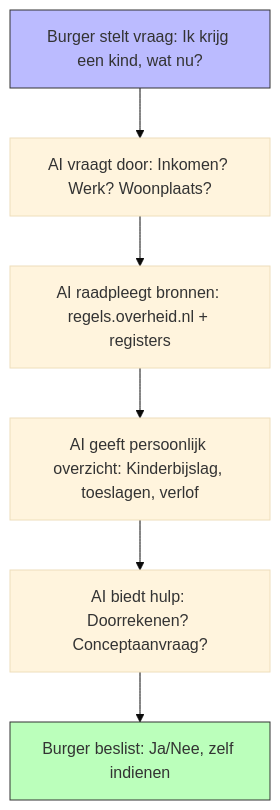
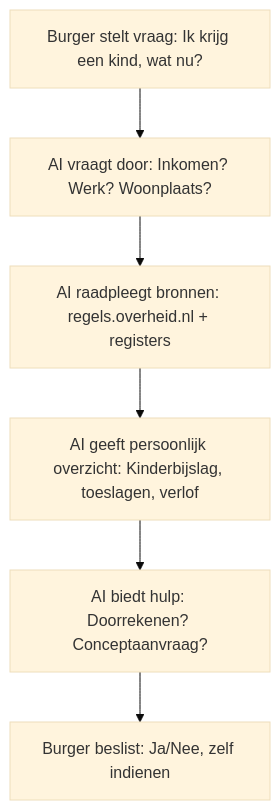
One commit to rubenvdlinde/rubenlinde changed the diagram in blog/platform-ai-en-overheid/2025-01-20-ai-kansen-burgers.md. Above: the diagram before and after it, drawn with Mermaid (base theme). The commit also changed 1 other file, not shown here.

Commit message:
fix:remove-inline-mermaid-styles-use-css-instead

````diff
--- a/blog/platform-ai-en-overheid/2025-01-20-ai-kansen-burgers.md
+++ b/blog/platform-ai-en-overheid/2025-01-20-ai-kansen-burgers.md
@@ -38,10 +38,8 @@
 ```mermaid
 flowchart TD
     A["Burger stelt vraag: Ik krijg een kind, wat nu?"] --> B["AI vraagt door: Inkomen? Werk? Woonplaats?"]
     B --> C["AI raadpleegt bronnen: regels.overheid.nl + registers"]
     C --> D["AI geeft persoonlijk overzicht: Kinderbijslag, toeslagen, verlof"]
     D --> E["AI biedt hulp: Doorrekenen? Conceptaanvraag?"]
     E --> F["Burger beslist: Ja/Nee, zelf indienen"]
-    style A fill:#bbf,stroke:#333
-    style F fill:#bfb,stroke:#333
 ```
````
